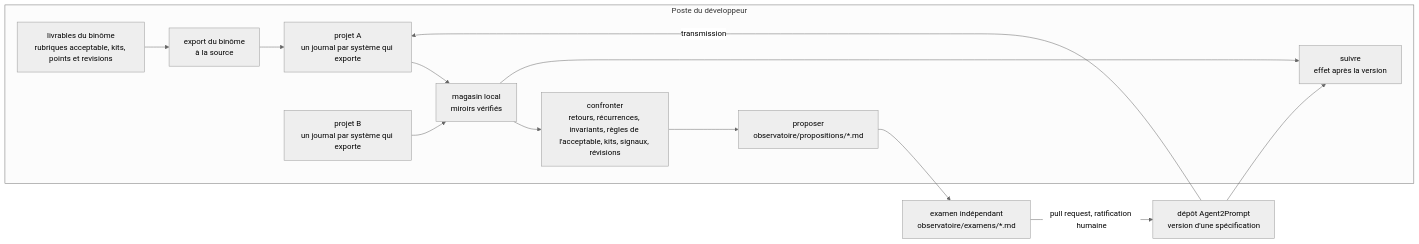
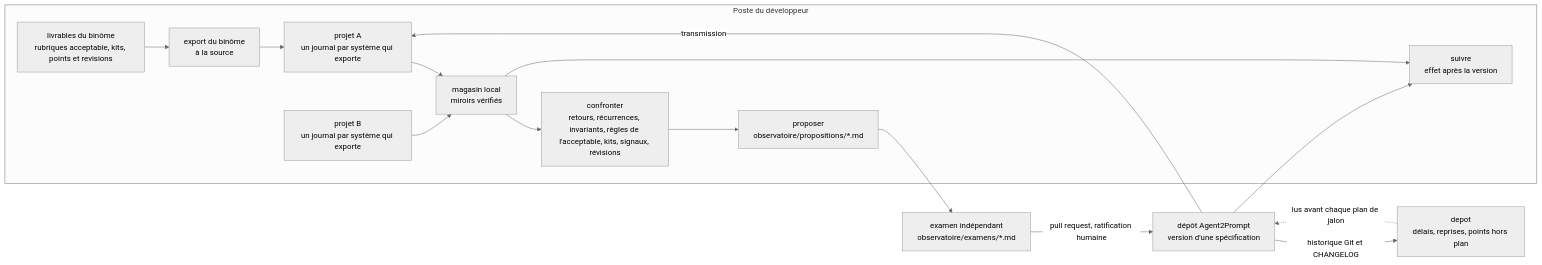
Before and after one commit to FredGarcia/Agent2Prompt: the diagram in specs/observatoire/SKILL.md, drawn with Mermaid (neutral theme). The commit also changed other lines of this file and 15 other files, not shown here.

````diff
--- a/specs/observatoire/SKILL.md
+++ b/specs/observatoire/SKILL.md
@@ -24,16 +24,18 @@
 ```mermaid
 flowchart LR
   subgraph POSTE["Poste du développeur"]
     L["livrables du binôme<br/>rubriques acceptable, kits, points et revisions"] --> X["export du binôme<br/>à la source"]
     X --> A
     A["projet A<br/>un journal par système qui exporte"] --> M["magasin local<br/>miroirs vérifiés"]
     B["projet B<br/>un journal par système qui exporte"] --> M
     M --> C["confronter<br/>retours, récurrences, invariants, règles de l'acceptable, kits, signaux, révisions"]
     C --> P["proposer<br/>observatoire/propositions/*.md"]
     M --> S["suivre<br/>effet après la version"]
   end
   P --> E["examen indépendant<br/>observatoire/examens/*.md"]
   E -->|"pull request, ratification humaine"| D["dépôt Agent2Prompt<br/>version d'une spécification"]
   D -->|"transmission"| A
   D --> S
+  D -->|"historique Git et CHANGELOG"| G["depot<br/>délais, reprises, points hors plan"]
+  G -.->|"lus avant chaque plan de jalon"| D
 ```
````
